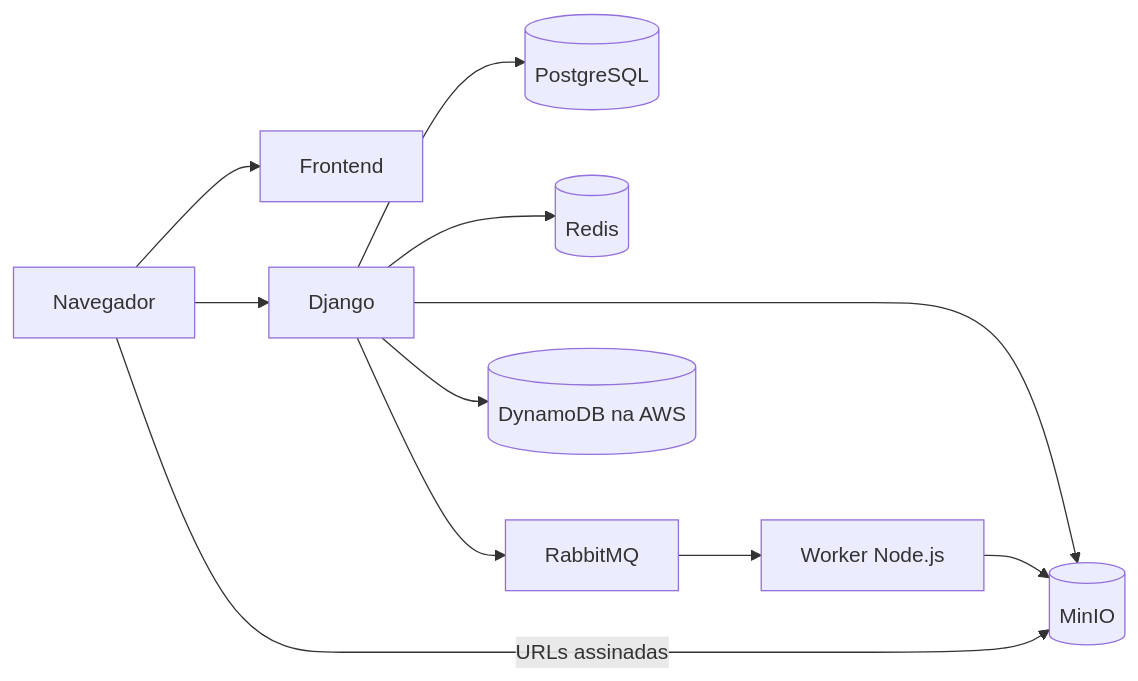
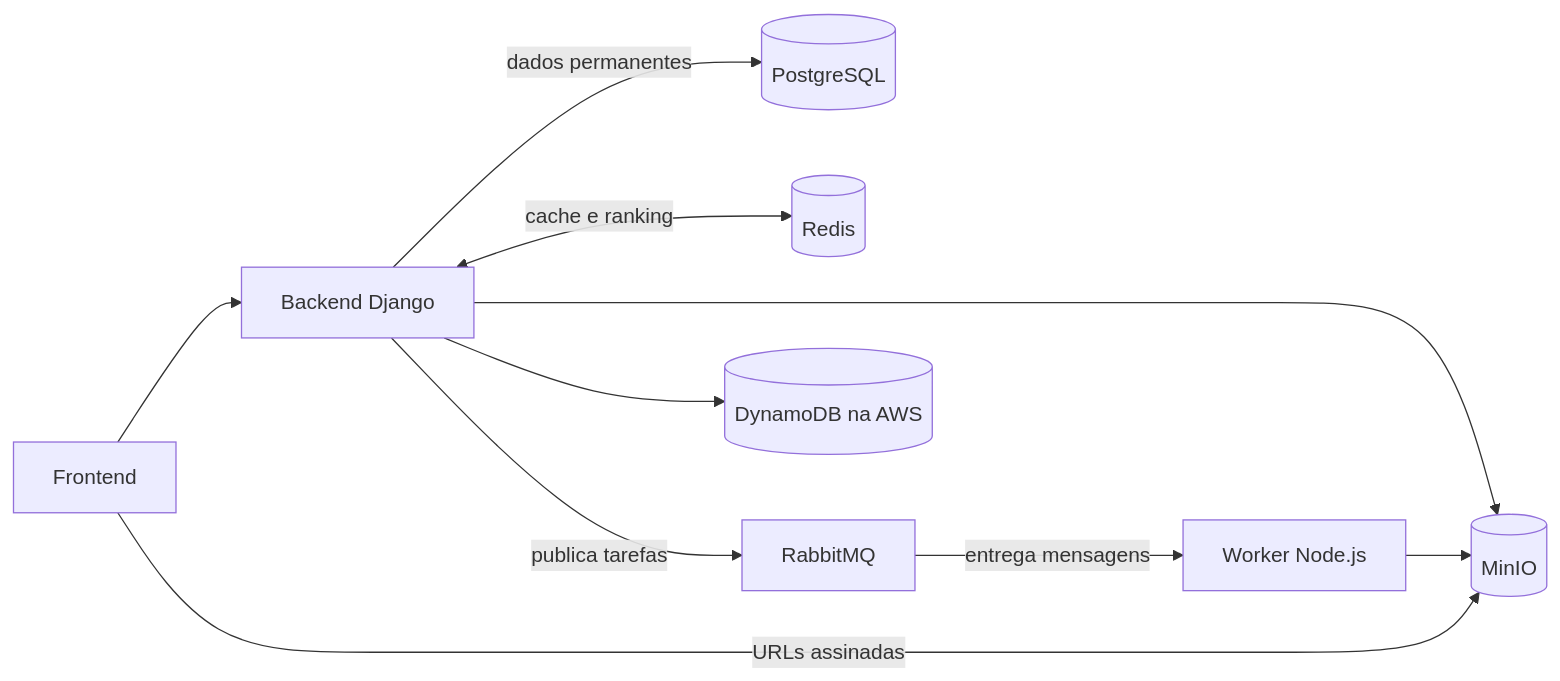
Before and after one commit to BrunoDePaulo-ops/Brecho_online: the diagram in README.md, drawn with Mermaid.

Commit message:
fix: adjusting readme

````diff
--- a/README.md
+++ b/README.md
@@ -14,13 +14,12 @@
 ```mermaid
 flowchart LR
-    Browser[Navegador] --> Frontend[Frontend]
-    Browser --> Backend[Django]
-    Backend --> Postgres[(PostgreSQL)]
-    Backend --> Redis[(Redis)]
+    Frontend[Frontend] --> Backend[Backend Django]
+    Backend -->|dados permanentes| Postgres[(PostgreSQL)]
+    Backend <-->|cache e ranking| Redis[(Redis)]
     Backend --> MinIO[(MinIO)]
-    Backend --> RabbitMQ[RabbitMQ]
-    RabbitMQ --> Worker[Worker Node.js]
+    Backend -->|publica tarefas| RabbitMQ[RabbitMQ]
+    RabbitMQ -->|entrega mensagens| Worker[Worker Node.js]
     Worker --> MinIO
     Backend --> DynamoDB[(DynamoDB na AWS)]
-    Browser -->|URLs assinadas| MinIO
+    Frontend -->|URLs assinadas| MinIO
 ```
````
